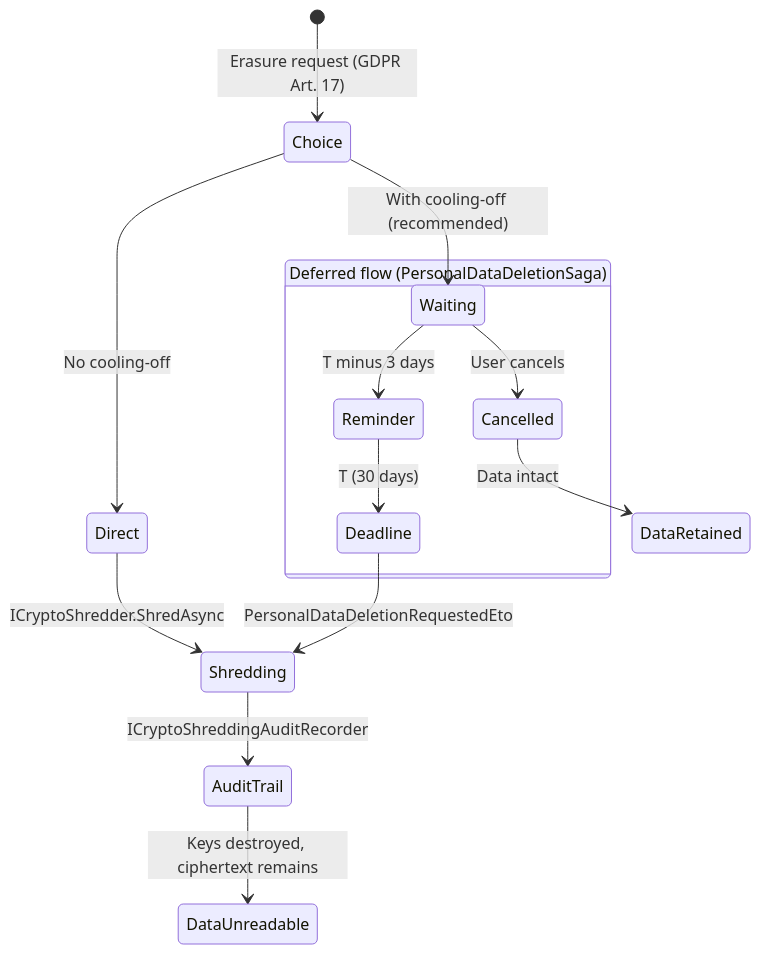
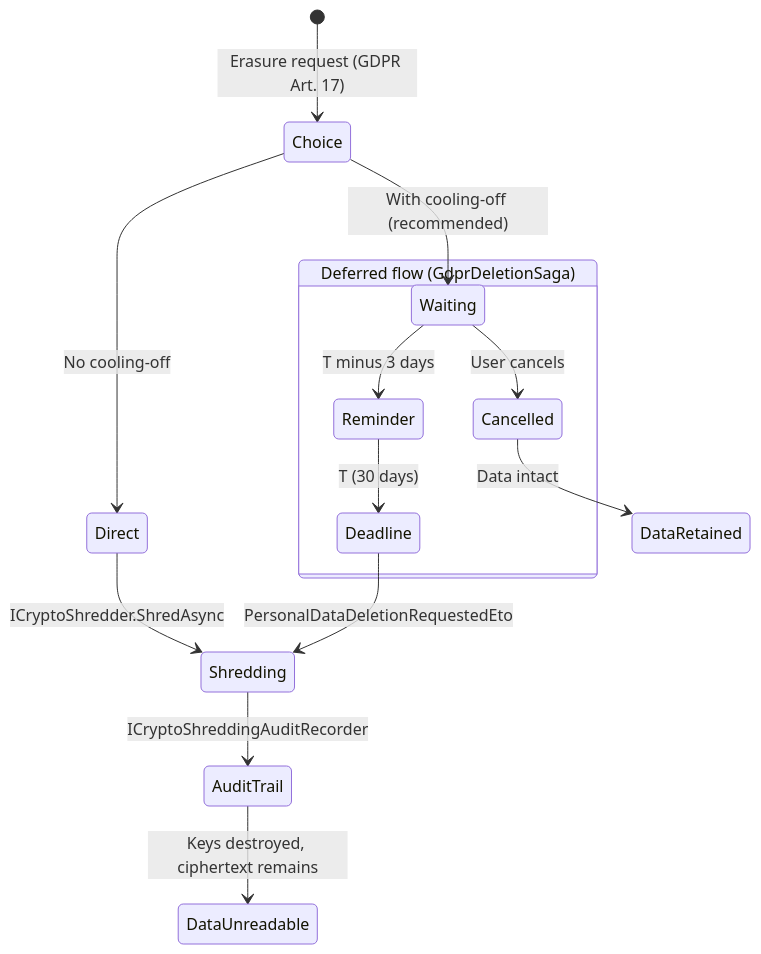
The third of 3 diagrams in src/content/docs/dotnet/compliance/crypto-shredding.mdx (granit-fx/granit-docs), drawn with Mermaid before and after one commit. The commit also changed other lines of this file and 44 other files, not shown here.

````diff
--- a/src/content/docs/dotnet/compliance/crypto-shredding.mdx
+++ b/src/content/docs/dotnet/compliance/crypto-shredding.mdx
@@ -345,22 +345,22 @@
 ```mermaid
 stateDiagram-v2
     [*] --> Choice: Erasure request (GDPR Art. 17)
 
     state Choice <<choice>>
     Choice --> Direct: No cooling-off
     Choice --> Waiting: With cooling-off (recommended)
 
     Direct --> Shredding: ICryptoShredder.ShredAsync
 
-    state "Deferred flow (PersonalDataDeletionSaga)" as DeferredFlow {
+    state "Deferred flow (GdprDeletionSaga)" as DeferredFlow {
         Waiting --> Reminder: T minus 3 days
         Reminder --> Deadline: T (30 days)
         Waiting --> Cancelled: User cancels
     }
 
     Deadline --> Shredding: PersonalDataDeletionRequestedEto
     Cancelled --> DataRetained: Data intact
 
     Shredding --> AuditTrail: ICryptoShreddingAuditRecorder
     AuditTrail --> DataUnreadable: Keys destroyed, ciphertext remains
 ```
````
